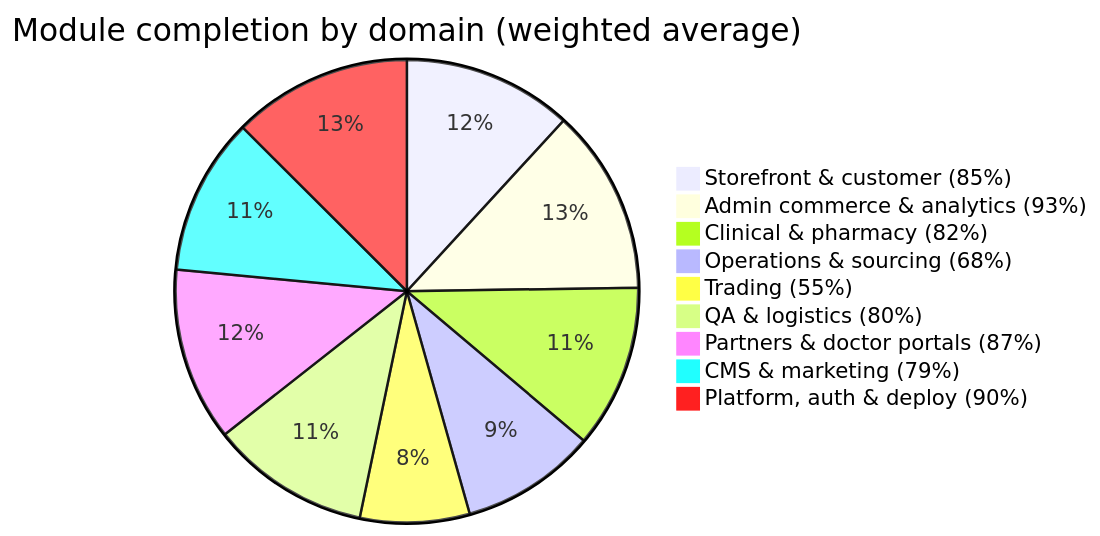
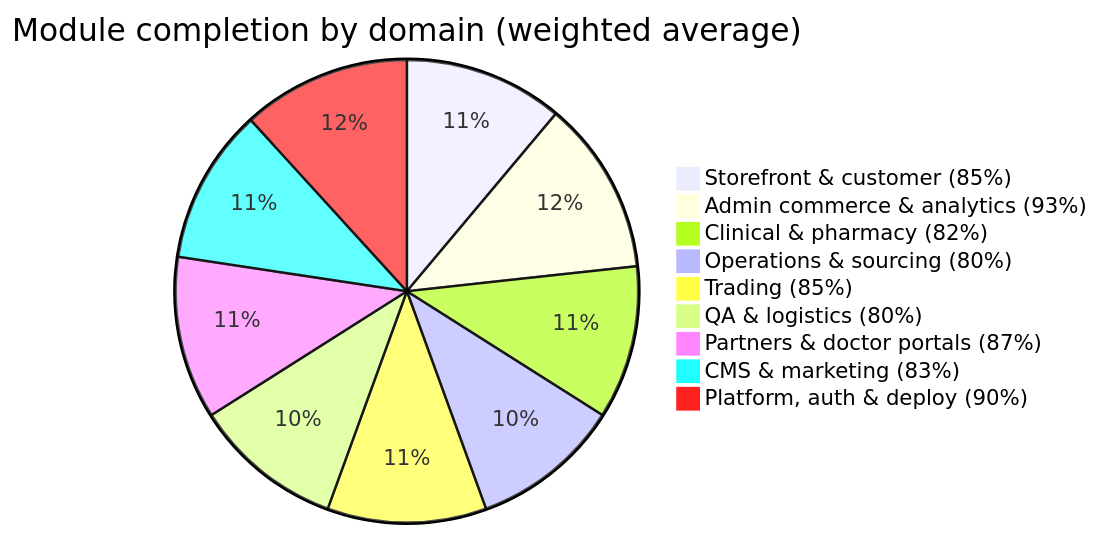
Before and after one commit to arjan001/HOSPITAL: the first of 6 diagrams in docs/PROGRESSIVE_REVIEW_REPORT.md, drawn with Mermaid. The commit also changed other lines of this file and 49 other files, not shown here.

````diff
--- a/docs/PROGRESSIVE_REVIEW_REPORT.md
+++ b/docs/PROGRESSIVE_REVIEW_REPORT.md
@@ -28,12 +28,12 @@
 ```mermaid
 pie title Module completion by domain (weighted average)
     "Storefront & customer (85%)" : 85
     "Admin commerce & analytics (93%)" : 93
     "Clinical & pharmacy (82%)" : 82
-    "Operations & sourcing (68%)" : 68
-    "Trading (55%)" : 55
+    "Operations & sourcing (80%)" : 80
+    "Trading (85%)" : 85
     "QA & logistics (80%)" : 80
     "Partners & doctor portals (87%)" : 87
-    "CMS & marketing (79%)" : 79
+    "CMS & marketing (83%)" : 83
     "Platform, auth & deploy (90%)" : 90
 ```
````
